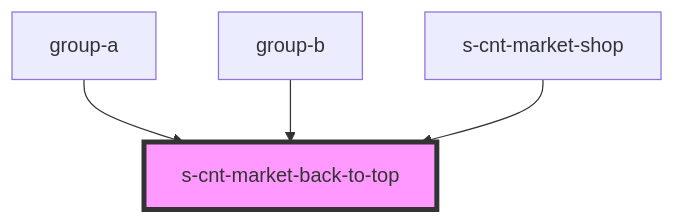
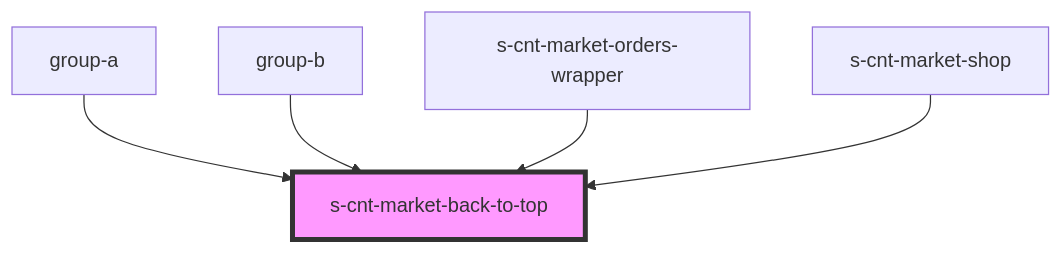
Before and after one commit to saqhan/stencil-market: the diagram in src/components/shared/s-cnt-market-back-to-top/readme.md, drawn with Mermaid. The commit also changed other lines of this file and 16 other files, not shown here.

````diff
--- a/src/components/shared/s-cnt-market-back-to-top/readme.md
+++ b/src/components/shared/s-cnt-market-back-to-top/readme.md
@@ -17,7 +18,8 @@
 ```mermaid
 graph TD;
   group-a --> s-cnt-market-back-to-top
   group-b --> s-cnt-market-back-to-top
+  s-cnt-market-orders-wrapper --> s-cnt-market-back-to-top
   s-cnt-market-shop --> s-cnt-market-back-to-top
   style s-cnt-market-back-to-top fill:#f9f,stroke:#333,stroke-width:4px
 ```
````
